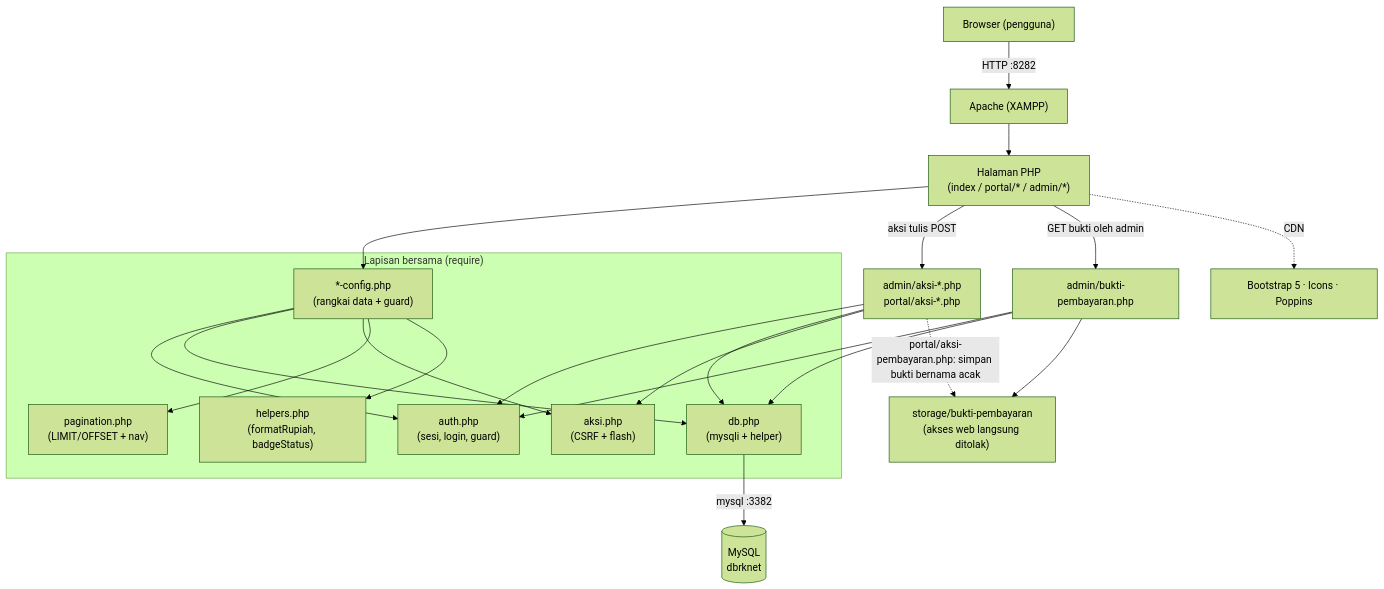
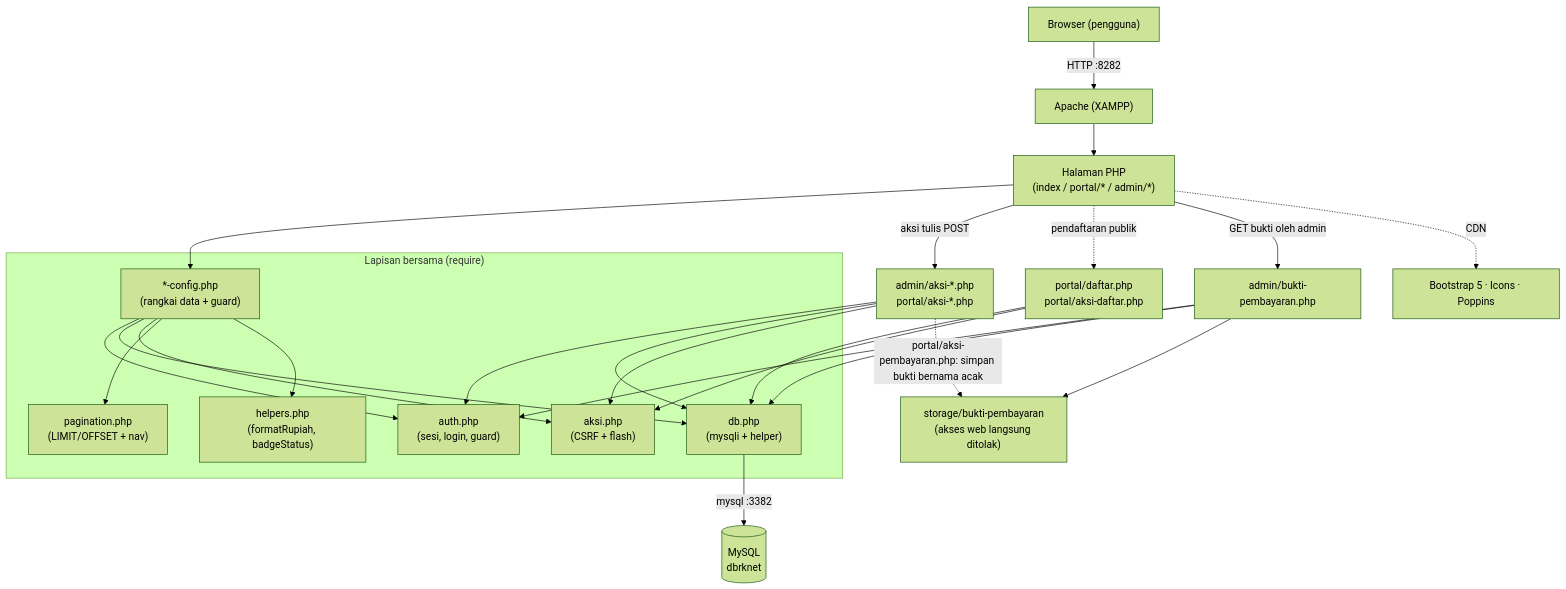
One commit to mramdann/rknet changed the first of 7 diagrams in docs/DOKUMENTASI.md. Above: the diagram before and after it, drawn with Mermaid (forest theme). The commit also changed other lines of this file and 37 other files, not shown here.

````diff
--- a/docs/DOKUMENTASI.md
+++ b/docs/DOKUMENTASI.md
@@ -28,24 +28,26 @@
 ```mermaid
 flowchart TD
     B["Browser (pengguna)"] -->|HTTP :8282| A["Apache (XAMPP)"]
     A --> H["Halaman PHP<br/>(index / portal/* / admin/*)"]
 
     subgraph Lapisan_Bersama["Lapisan bersama (require)"]
       CFG["*-config.php<br/>(rangkai data + guard)"]
       AUTH["auth.php<br/>(sesi, login, guard)"]
       DB["db.php<br/>(mysqli + helper)"]
       AKSI["aksi.php<br/>(CSRF + flash)"]
       PAG["pagination.php<br/>(LIMIT/OFFSET + nav)"]
       HLP["helpers.php<br/>(formatRupiah, badgeStatus)"]
     end
 
     H --> CFG
     CFG --> AUTH & DB & AKSI & PAG & HLP
     H -->|aksi tulis POST| ACT["admin/aksi-*.php<br/>portal/aksi-*.php"]
+    H -. "pendaftaran publik" .-> DAFTAR["portal/daftar.php<br/>portal/aksi-daftar.php"]
+    DAFTAR --> DB & AKSI
     ACT --> AUTH & DB & AKSI
     ACT -. "portal/aksi-pembayaran.php: simpan bukti bernama acak" .-> FS["storage/bukti-pembayaran<br/>(akses web langsung ditolak)"]
     H -->|GET bukti oleh admin| BUKTI["admin/bukti-pembayaran.php"]
     BUKTI --> AUTH & DB & FS
     DB -->|"mysql :3382"| M[("MySQL<br/>dbrknet")]
     H -. CDN .-> CDN["Bootstrap 5 · Icons · Poppins"]
 ```
````
